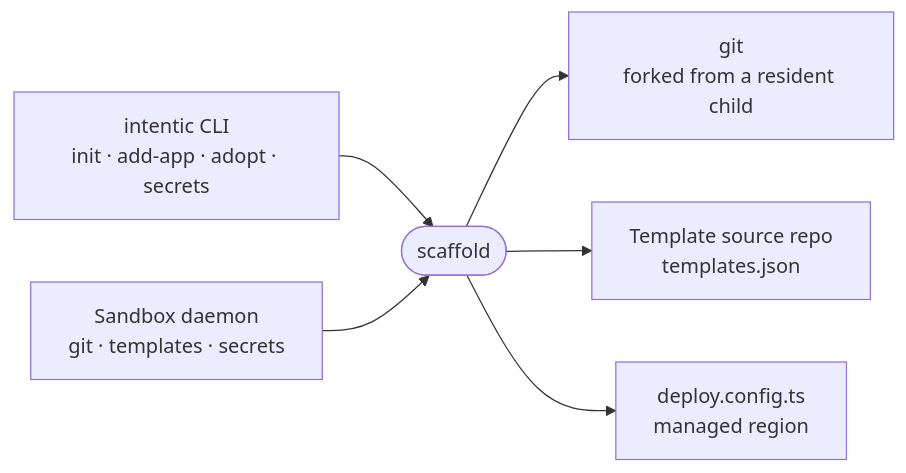
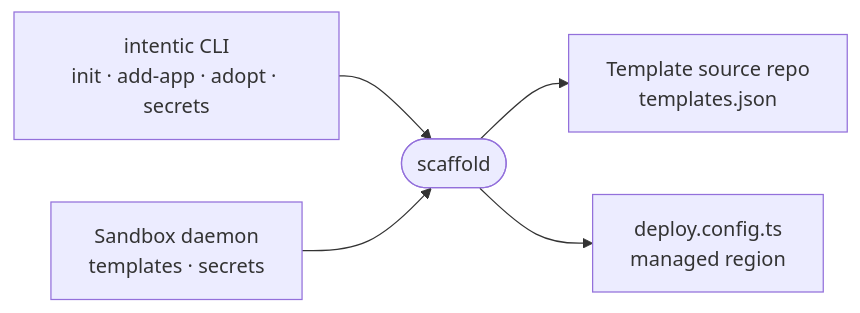
Before and after one commit to intentic/intentic: the diagram in _sandbox/scaffold/README.md, drawn with Mermaid. The commit also changed other lines of this file and 2216 other files, not shown here.

Commit message:
chore(docs): refresh architecture index for extension changes

````diff
--- a/_sandbox/scaffold/README.md
+++ b/_sandbox/scaffold/README.md
@@ -5,8 +5,7 @@
 ```mermaid
 flowchart LR
     cli["intentic CLI<br/>init · add-app · adopt · secrets"] --> scaffold(["scaffold"])
-    daemon["Sandbox daemon<br/>git · templates · secrets"] --> scaffold
-    scaffold --> git["git<br/>forked from a resident child"]
+    daemon["Sandbox daemon<br/>templates · secrets"] --> scaffold
     scaffold --> source["Template source repo<br/>templates.json"]
     scaffold --> config["deploy.config.ts<br/>managed region"]
 ```
````
